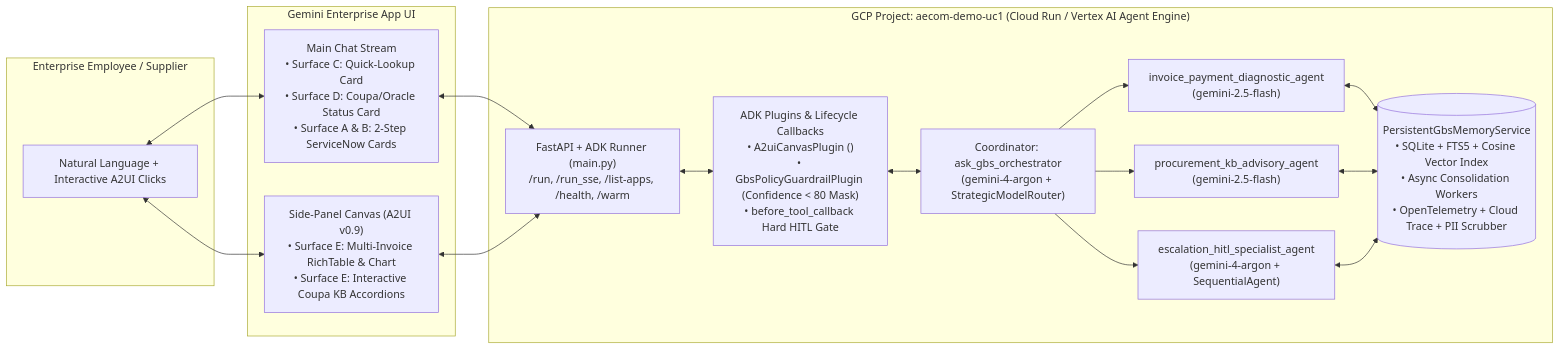
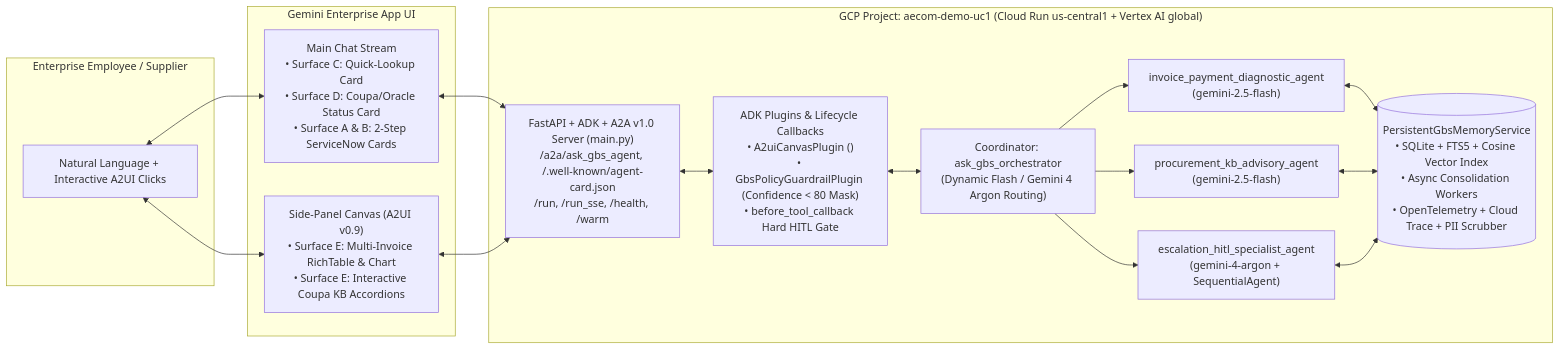
One commit to cchidi-google/ask-gbs-agent changed the diagram in README.md. Above: the diagram before and after it, drawn with Mermaid. The commit also changed other lines of this file and 19 other files, not shown here.

Commit message:
Harden A2A v1.0 Agent Card, dynamic Gemini 4 Argon routing, and native ADK EvalSet

````diff
--- a/README.md
+++ b/README.md
@@ -23,34 +23,34 @@
 ```mermaid
 flowchart LR
     subgraph UserLayer["Enterprise Employee / Supplier"]
         User["Natural Language + Interactive A2UI Clicks"]
     end
 
     subgraph GeminiEnterprise["Gemini Enterprise App UI"]
         Chat["Main Chat Stream\n• Surface C: Quick-Lookup Card\n• Surface D: Coupa/Oracle Status Card\n• Surface A & B: 2-Step ServiceNow Cards"]
         Canvas["Side-Panel Canvas (A2UI v0.9)\n• Surface E: Multi-Invoice RichTable & Chart\n• Surface E: Interactive Coupa KB Accordions"]
     end
 
-    subgraph Runtime["GCP Project: aecom-demo-uc1 (Cloud Run / Vertex AI Agent Engine)"]
-        FastAPI["FastAPI + ADK Runner (main.py)\n/run, /run_sse, /list-apps, /health, /warm"]
+    subgraph Runtime["GCP Project: aecom-demo-uc1 (Cloud Run us-central1 + Vertex AI global)"]
+        FastAPI["FastAPI + ADK + A2A v1.0 Server (main.py)\n/a2a/ask_gbs_agent, /.well-known/agent-card.json\n/run, /run_sse, /health, /warm"]
         Plugins["ADK Plugins & Lifecycle Callbacks\n• A2uiCanvasPlugin (<a2a_datapart_json>)\n• GbsPolicyGuardrailPlugin (Confidence < 80 Mask)\n• before_tool_callback Hard HITL Gate"]
-        Coord["Coordinator: ask_gbs_orchestrator\n(gemini-4-argon + StrategicModelRouter)"]
+        Coord["Coordinator: ask_gbs_orchestrator\n(Dynamic Flash / Gemini 4 Argon Routing)"]
         Diag["invoice_payment_diagnostic_agent\n(gemini-2.5-flash)"]
         KB["procurement_kb_advisory_agent\n(gemini-2.5-flash)"]
         Esc["escalation_hitl_specialist_agent\n(gemini-4-argon + SequentialAgent)"]
         Mem[("PersistentGbsMemoryService\n• SQLite + FTS5 + Cosine Vector Index\n• Async Consolidation Workers\n• OpenTelemetry + Cloud Trace + PII Scrubber")]
     end
 
     User <--> Chat
     User <--> Canvas
     Chat <--> FastAPI
     Canvas <--> FastAPI
     FastAPI <--> Plugins
     Plugins <--> Coord
     Coord --> Diag
     Coord --> KB
     Coord --> Esc
     Diag <--> Mem
     KB <--> Mem
     Esc <--> Mem
 ```
````
